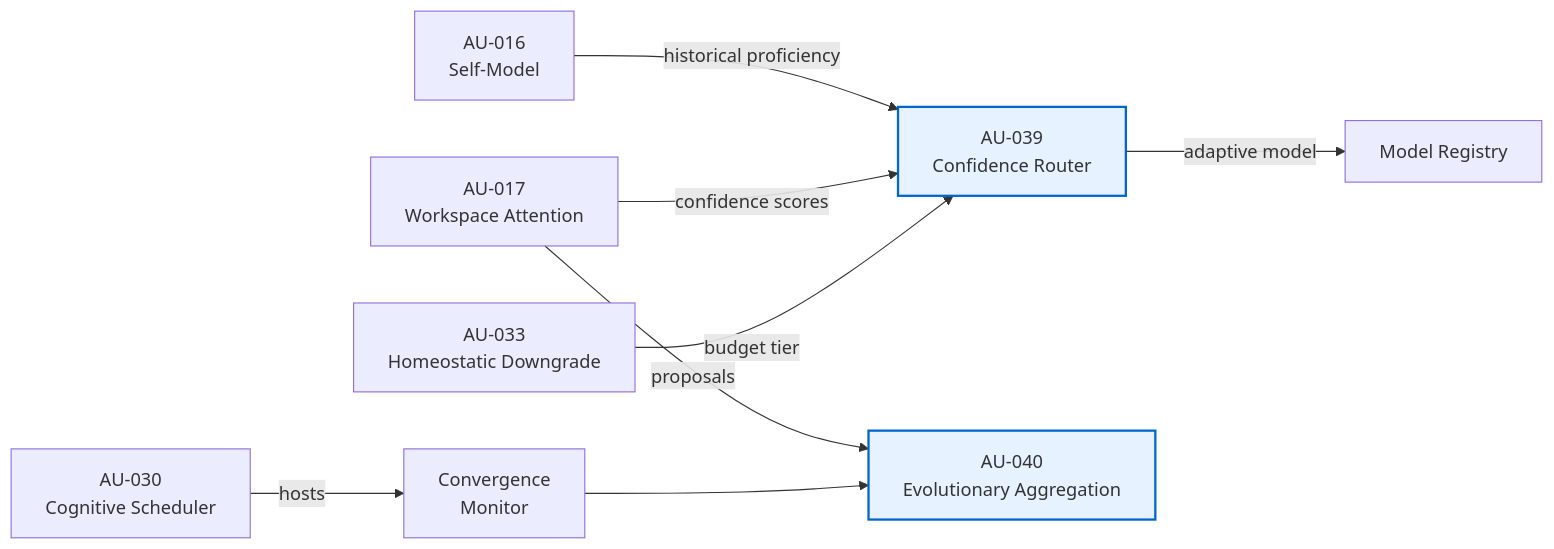
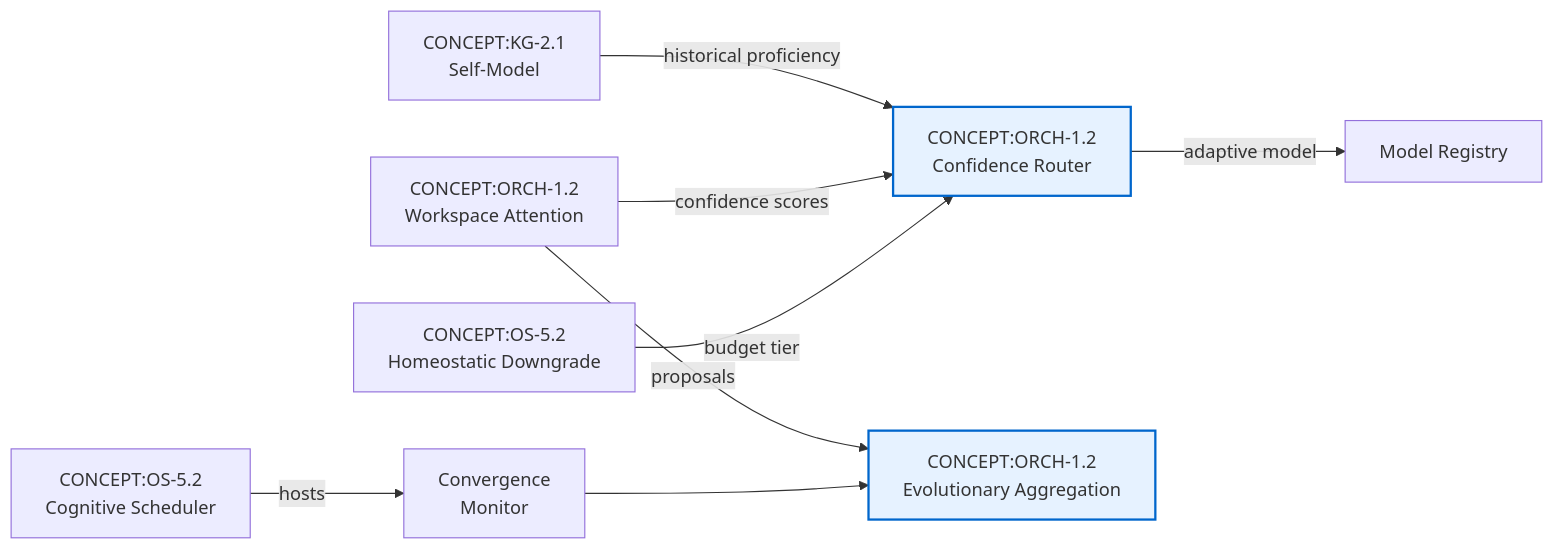
Before and after one commit to Knuckles-Team/agent-utilities: the third of 3 diagrams in docs/squeeze-evolve-routing.md, drawn with Mermaid. The commit also changed other lines of this file and 183 other files, not shown here.

````diff
--- a/docs/squeeze-evolve-routing.md
+++ b/docs/squeeze-evolve-routing.md
@@ -181,13 +181,13 @@
 ```mermaid
 graph LR
-    AU016[AU-016<br/>Self-Model] -->|historical proficiency| AU039
-    AU017[AU-017<br/>Workspace Attention] -->|confidence scores| AU039[AU-039<br/>Confidence Router]
-    AU017 -->|proposals| AU040[AU-040<br/>Evolutionary Aggregation]
-    AU033[AU-033<br/>Homeostatic Downgrade] -->|budget tier| AU039
-    AU030[AU-030<br/>Cognitive Scheduler] -->|hosts| CM[Convergence<br/>Monitor]
+    AU016[CONCEPT:KG-2.1<br/>Self-Model] -->|historical proficiency| AU039
+    AU017[CONCEPT:ORCH-1.2<br/>Workspace Attention] -->|confidence scores| AU039[CONCEPT:ORCH-1.2<br/>Confidence Router]
+    AU017 -->|proposals| AU040[CONCEPT:ORCH-1.2<br/>Evolutionary Aggregation]
+    AU033[CONCEPT:OS-5.2<br/>Homeostatic Downgrade] -->|budget tier| AU039
+    AU030[CONCEPT:OS-5.2<br/>Cognitive Scheduler] -->|hosts| CM[Convergence<br/>Monitor]
     CM --> AU040
     AU039 -->|adaptive model| REG[Model Registry]
 
     style AU039 fill:#e6f2ff,stroke:#0066cc,stroke-width:2px
     style AU040 fill:#e6f2ff,stroke:#0066cc,stroke-width:2px
 ```
````
